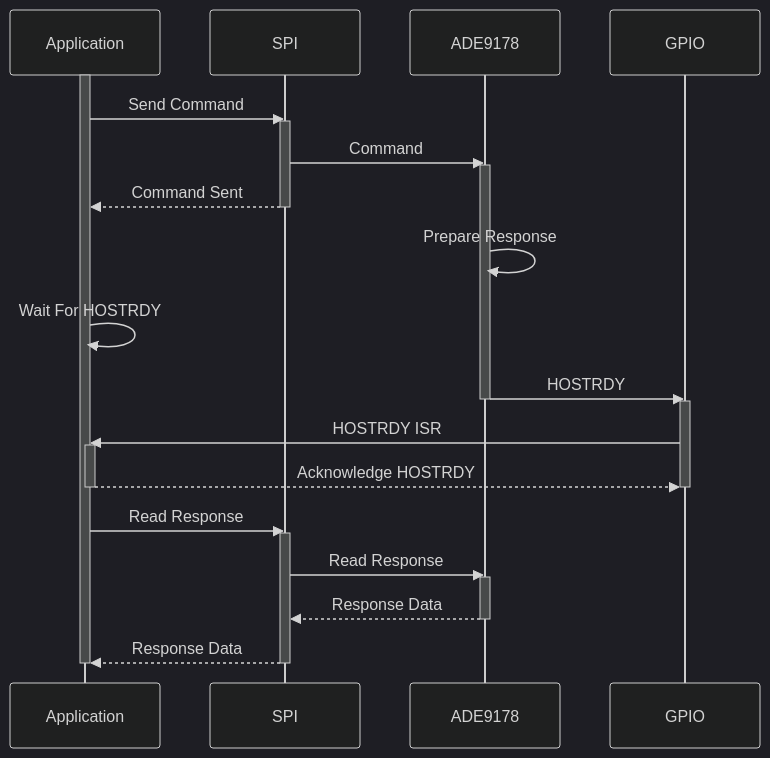
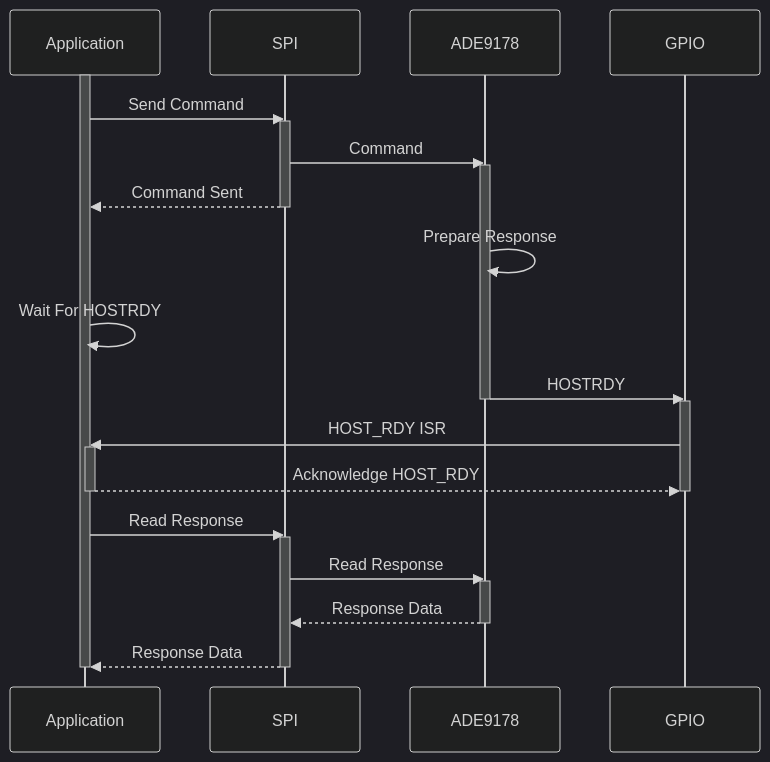
The diagram in ade9178/readme.md (analogdevicesinc/energy-ade-registers), drawn with Mermaid (dark theme) before and after one commit. The commit also changed other lines of this file and 3 other files, not shown here.

````diff
--- a/ade9178/readme.md
+++ b/ade9178/readme.md
@@ -36,35 +36,35 @@
 ```mermaid
 sequenceDiagram
     participant App as Application
     participant SPI
     participant ADE9178
     participant GPIO
 
     %% Step 1: Application sends command through SPI
     activate App
     App->>SPI: Send Command
     activate SPI
     SPI->>ADE9178: Command
     activate ADE9178
     SPI-->>App: Command Sent
     deactivate SPI
     ADE9178->>ADE9178: Prepare Response
     App->>App: Wait For HOSTRDY
     ADE9178->>GPIO: HOSTRDY
     deactivate ADE9178
     activate GPIO
-    GPIO->>App: HOSTRDY ISR
+    GPIO->>App: HOST_RDY ISR
     activate App
-    App-->>GPIO: Acknowledge HOSTRDY
+    App-->>GPIO: Acknowledge HOST_RDY
     deactivate App
     deactivate GPIO
     App->>SPI: Read Response
     activate SPI
     SPI->>ADE9178: Read Response
     activate ADE9178
     ADE9178-->>SPI: Response Data
     deactivate ADE9178
     SPI-->>App: Response Data
     deactivate SPI
     deactivate App
 ```
````
